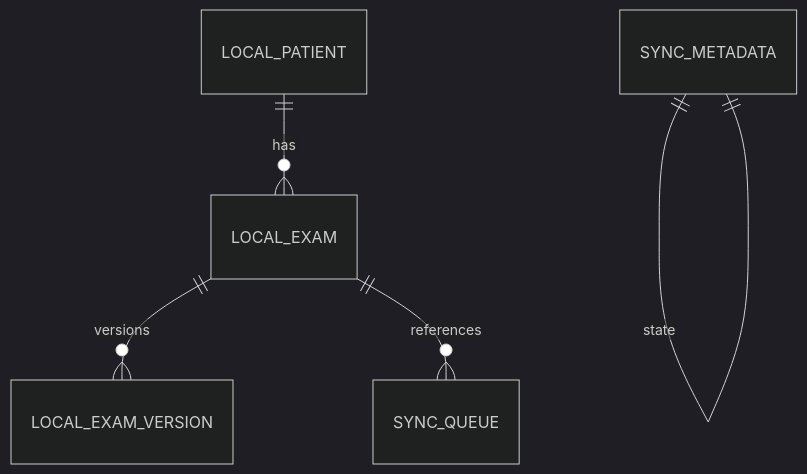
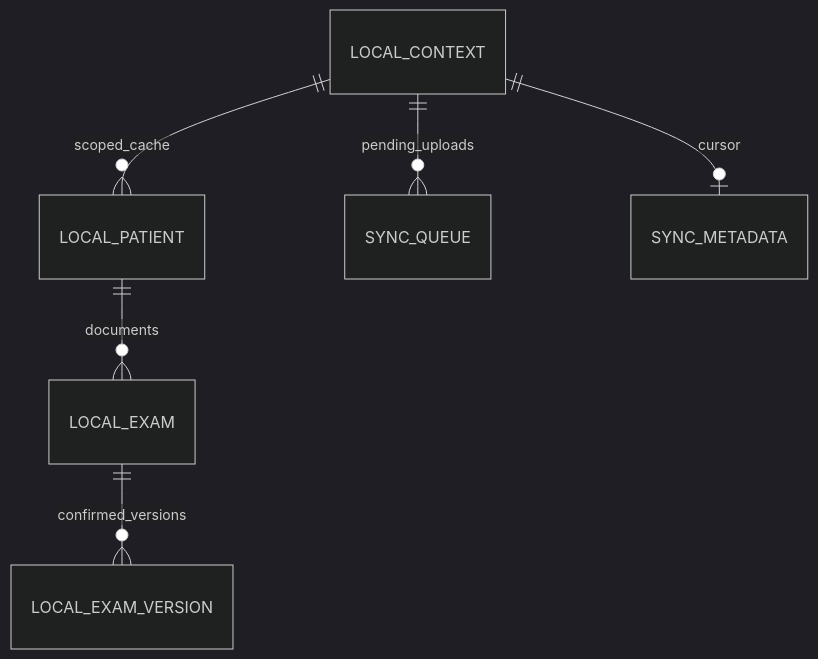
One commit to ch-georgi/capstone_005V changed the second of 2 diagrams in Fase 1/Propuesta redefinicion proyecto.md. Above: the diagram before and after it, drawn with Mermaid (dark theme). The commit also changed other lines of this file and 30 other files, not shown here.

````diff
--- a/Fase 1/Propuesta redefinicion proyecto.md
+++ b/Fase 1/Propuesta redefinicion proyecto.md
@@ -1127,8 +977,8 @@
 ```mermaid
 erDiagram
-    LOCAL_PATIENT ||--o{ LOCAL_EXAM : has
-    LOCAL_EXAM ||--o{ LOCAL_EXAM_VERSION : versions
-    LOCAL_EXAM ||--o{ SYNC_QUEUE : references
-
-    SYNC_METADATA ||--|| SYNC_METADATA : state
+    LOCAL_CONTEXT ||--o{ LOCAL_PATIENT : scoped_cache
+    LOCAL_PATIENT ||--o{ LOCAL_EXAM : documents
+    LOCAL_EXAM ||--o{ LOCAL_EXAM_VERSION : confirmed_versions
+    LOCAL_CONTEXT ||--o{ SYNC_QUEUE : pending_uploads
+    LOCAL_CONTEXT ||--o| SYNC_METADATA : cursor
 ```
````
